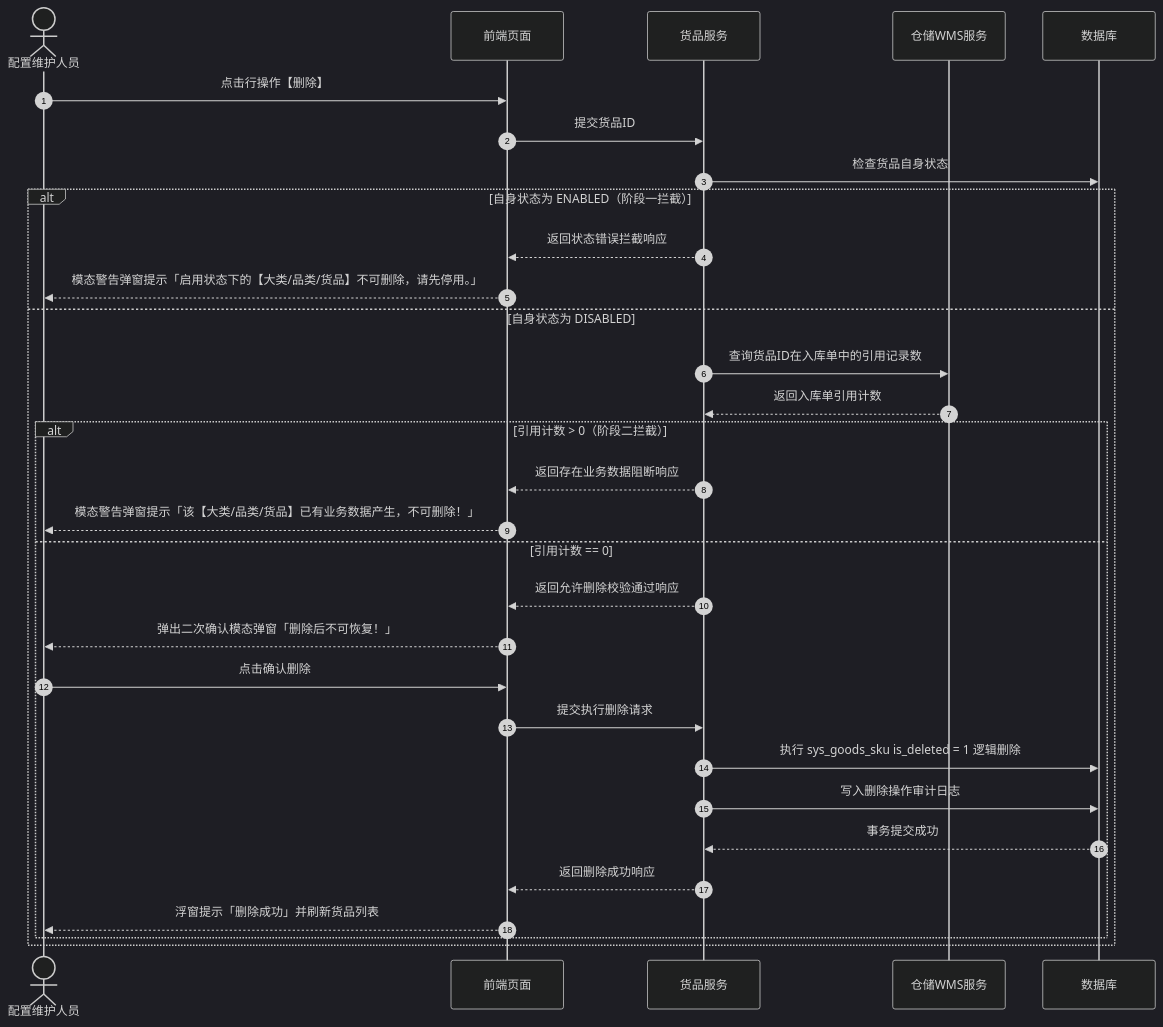
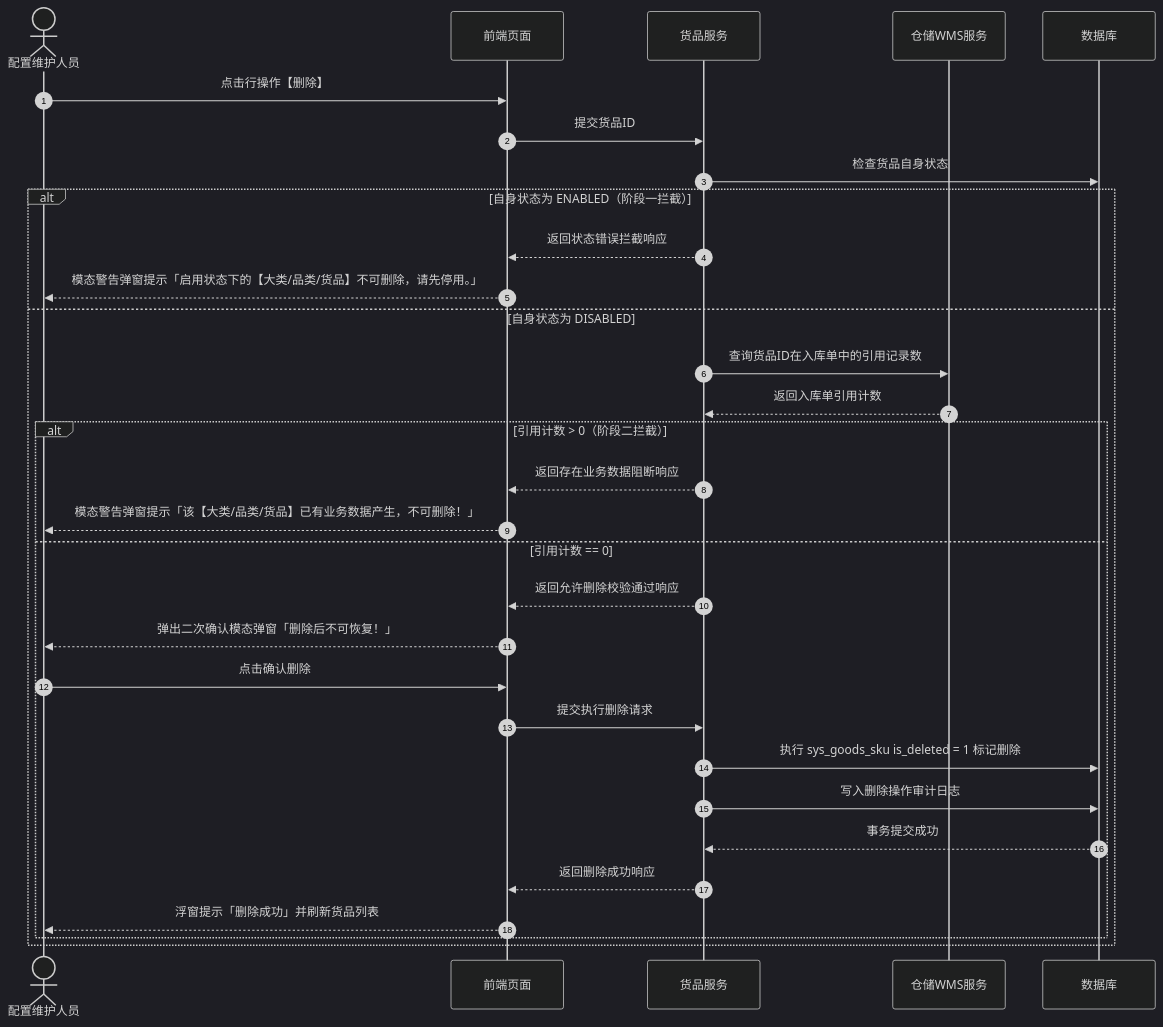
The third of 3 diagrams in 02-PRD文档/B-迭代需求/6.3版本（2026.09）/06-货品规格管理-货品管理/货品管理业务规则规格.md (RobertHuang999/SYZC), drawn with Mermaid (dark theme) before and after one commit. The commit also changed other lines of this file and 47 other files, not shown here.

````diff
--- a/02-PRD文档/B-迭代需求/6.3版本（2026.09）/06-货品规格管理-货品管理/货品管理业务规则规格.md
+++ b/02-PRD文档/B-迭代需求/6.3版本（2026.09）/06-货品规格管理-货品管理/货品管理业务规则规格.md
@@ -197,34 +219,34 @@
 ```mermaid
 sequenceDiagram
     autonumber
     actor U as 配置维护人员
     participant F as 前端页面
     participant B as 货品服务
     participant W as 仓储WMS服务
     participant DB as 数据库
 
     U->>F: 点击行操作【删除】
     F->>B: 提交货品ID
     B->>DB: 检查货品自身状态
     alt 自身状态为 ENABLED（阶段一拦截）
         B-->>F: 返回状态错误拦截响应
         F-->>U: 模态警告弹窗提示「启用状态下的【大类/品类/货品】不可删除，请先停用。」
     else 自身状态为 DISABLED
         B->>W: 查询货品ID在入库单中的引用记录数
         W-->>B: 返回入库单引用计数
         alt 引用计数 > 0（阶段二拦截）
             B-->>F: 返回存在业务数据阻断响应
             F-->>U: 模态警告弹窗提示「该【大类/品类/货品】已有业务数据产生，不可删除！」
         else 引用计数 == 0
             B-->>F: 返回允许删除校验通过响应
             F-->>U: 弹出二次确认模态弹窗「删除后不可恢复！」
             U->>F: 点击确认删除
             F->>B: 提交执行删除请求
-            B->>DB: 执行 sys_goods_sku is_deleted = 1 逻辑删除
+            B->>DB: 执行 sys_goods_sku is_deleted = 1 标记删除
             B->>DB: 写入删除操作审计日志
             DB-->>B: 事务提交成功
             B-->>F: 返回删除成功响应
             F-->>U: 浮窗提示「删除成功」并刷新货品列表
         end
     end
 ```
````
